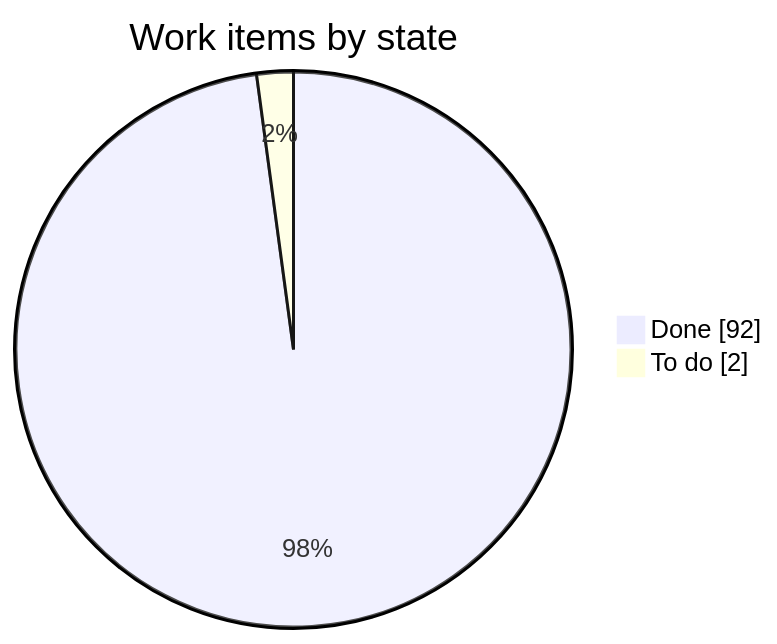
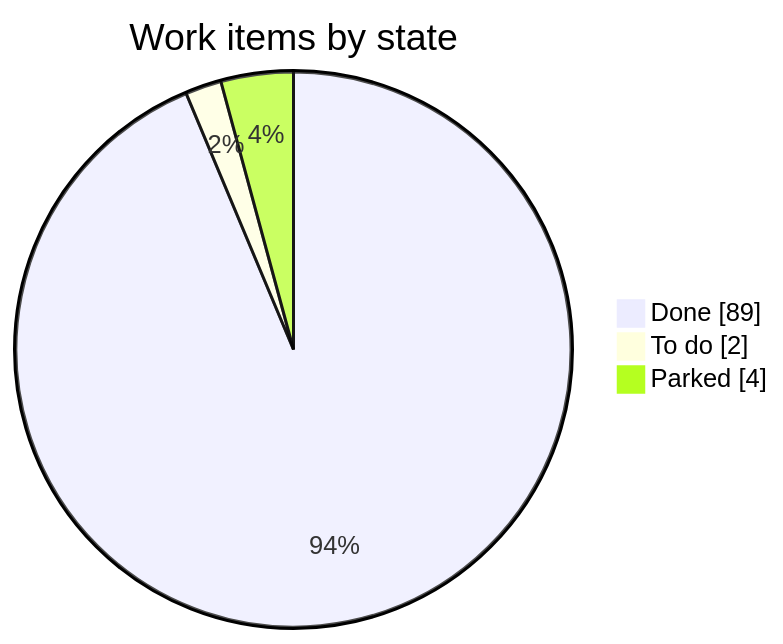
The first of 2 diagrams in STATUS.md (LoMagnette/ghost-light), drawn with Mermaid before and after one commit. The commit also changed other lines of this file, not shown here.

First line of the commit message:
docs(status): Chapter II's story done; the other three follow-ups parked

````diff
--- a/STATUS.md
+++ b/STATUS.md
@@ -39,6 +39,7 @@
 ```mermaid
 pie showData
     title Work items by state
-    "Done" : 92
+    "Done" : 89
     "To do" : 2
+    "Parked" : 4
 ```
````
